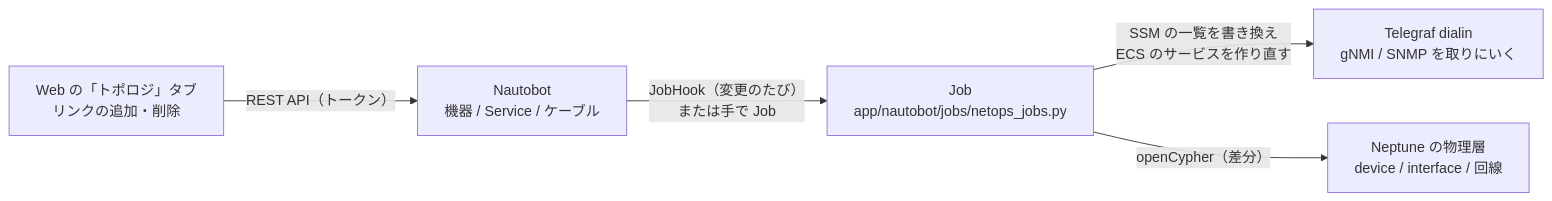
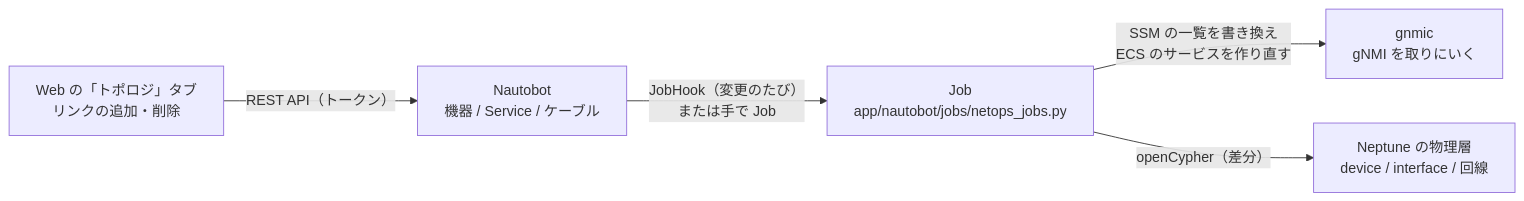
One commit to eddie-eights/nwc-poc changed the second of 2 diagrams in docs/pipeline.md. Above: the diagram before and after it, drawn with Mermaid. The commit also changed other lines of this file and 89 other files, not shown here.

First line of the commit message:
gNMI を gnmic で取り、dial-in をやめる（013）: 第 2 段を終える（telegraf-dialin と SNMP のポーリングを外し、gnmic を足す）

````diff
--- a/docs/pipeline.md
+++ b/docs/pipeline.md
@@ -370,7 +383,7 @@
 ```mermaid
 flowchart LR
   W["Web の「トポロジ」タブ<br/>リンクの追加・削除"] -->|"REST API（トークン）"| U
   U["Nautobot<br/>機器 / Service / ケーブル"] -->|"JobHook（変更のたび）<br/>または手で Job"| J["Job<br/>app/nautobot/jobs/netops_jobs.py"]
-  J -->|"SSM の一覧を書き換え<br/>ECS のサービスを作り直す"| T["Telegraf dialin<br/>gNMI / SNMP を取りにいく"]
+  J -->|"SSM の一覧を書き換え<br/>ECS のサービスを作り直す"| T["gnmic<br/>gNMI を取りにいく"]
   J -->|"openCypher（差分）"| N["Neptune の物理層<br/>device / interface / 回線"]
 ```
````
